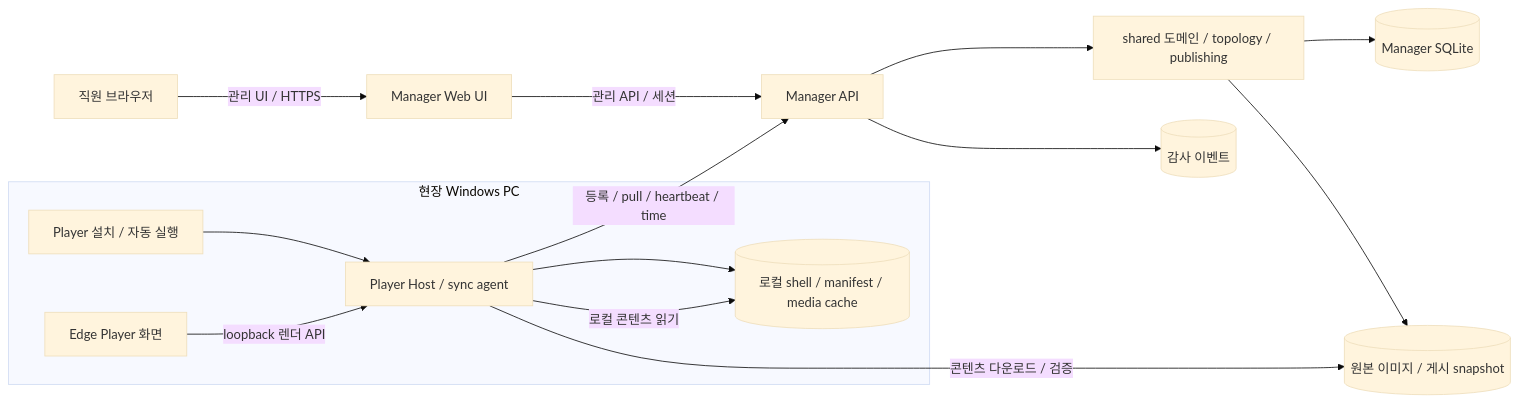
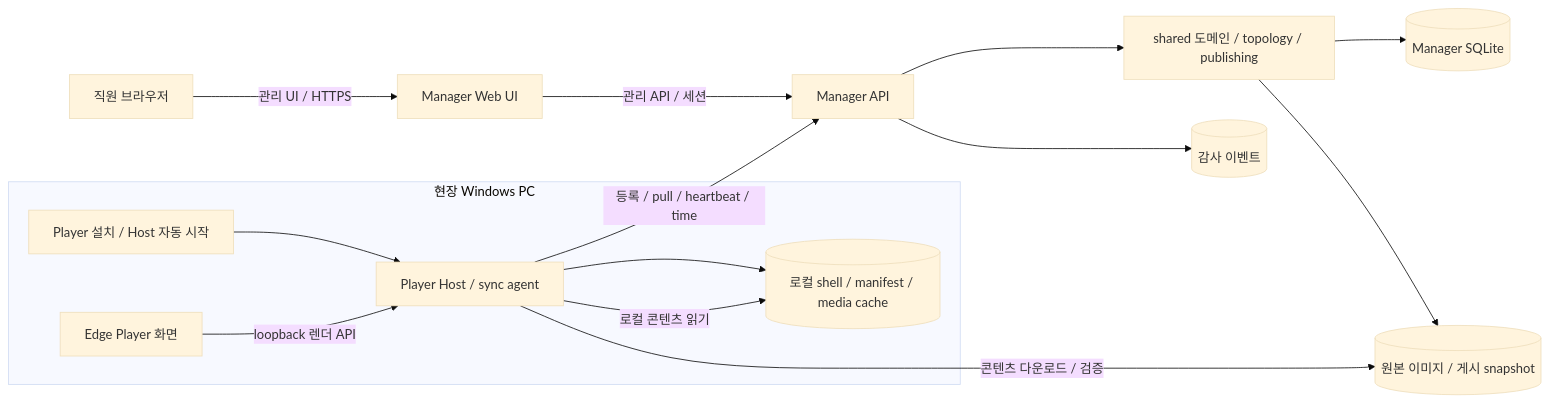
The first of 4 diagrams in docs/design/manager-player-architecture.md (toxicyou25-afk/GugakSignage), drawn with Mermaid (base theme) before and after one commit. The commit also changed other lines of this file and 1 other file, not shown here.

````diff
--- a/docs/design/manager-player-architecture.md
+++ b/docs/design/manager-player-architecture.md
@@ -68,23 +99,23 @@
 ```mermaid
 flowchart LR
   Staff[직원 브라우저] -->|관리 UI / HTTPS| AdminUI[Manager Web UI]
   AdminUI -->|관리 API / 세션| ManagerAPI[Manager API]
   ManagerAPI --> Domain[shared 도메인 / topology / publishing]
   Domain --> DB[(Manager SQLite)]
   Domain --> Media[(원본 이미지 / 게시 snapshot)]
   ManagerAPI --> Audit[(감사 이벤트)]
 
   subgraph WindowsPlayer[현장 Windows PC]
-    Install[Player 설치 / 자동 실행]
+    Install[Player 설치 / Host 자동 시작]
     Host[Player Host / sync agent]
     Viewer[Edge Player 화면]
     Local[(로컬 shell / manifest / media cache)]
     Install --> Host
     Host --> Local
     Viewer -->|loopback 렌더 API| Host
     Host -->|로컬 콘텐츠 읽기| Local
   end
 
   Host -->|등록 / pull / heartbeat / time| ManagerAPI
   Host -->|콘텐츠 다운로드 / 검증| Media
 ```
````
